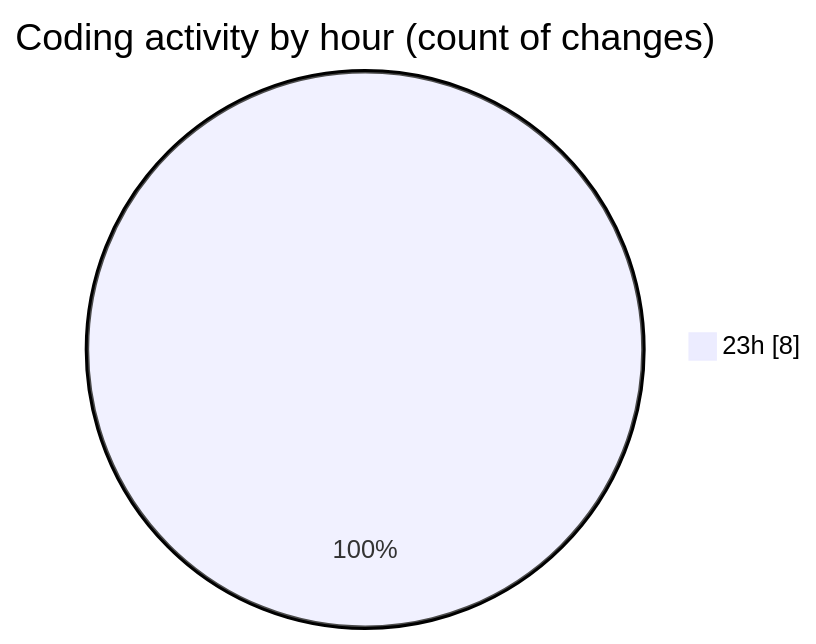
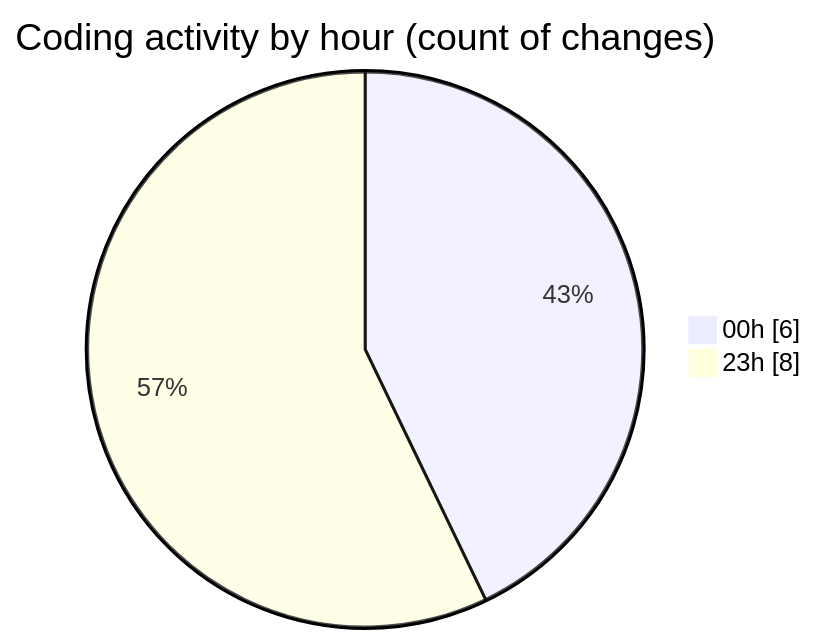
One commit to julien-gomy/code-tracking changed the second of 2 diagrams in 2025-11-18/cdp_aleoudev_fr__workspace_/README.md. Above: the diagram before and after it, drawn with Mermaid. The commit also changed other lines of this file and 1 other file, not shown here.

````diff
--- a/2025-11-18/cdp_aleoudev_fr__workspace_/README.md
+++ b/2025-11-18/cdp_aleoudev_fr__workspace_/README.md
@@ -30,5 +32,6 @@
 ```mermaid
 pie showData
 title Coding activity by hour (count of changes)
+"00h" : 6
 "23h" : 8
 ```
````
